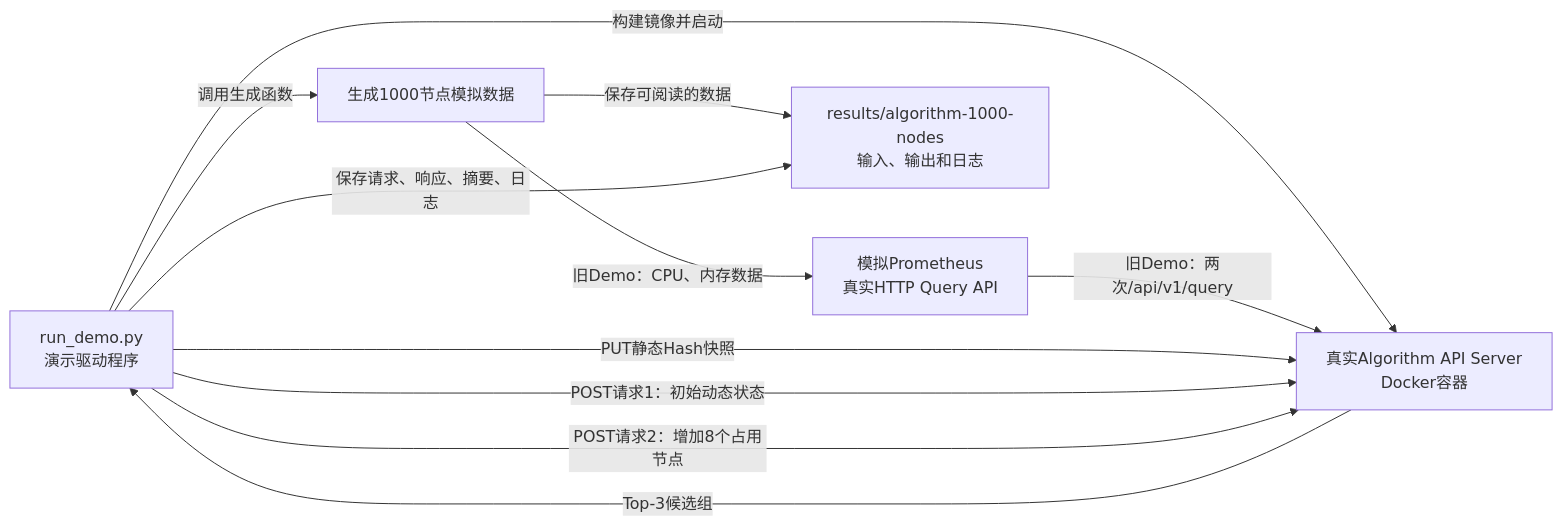
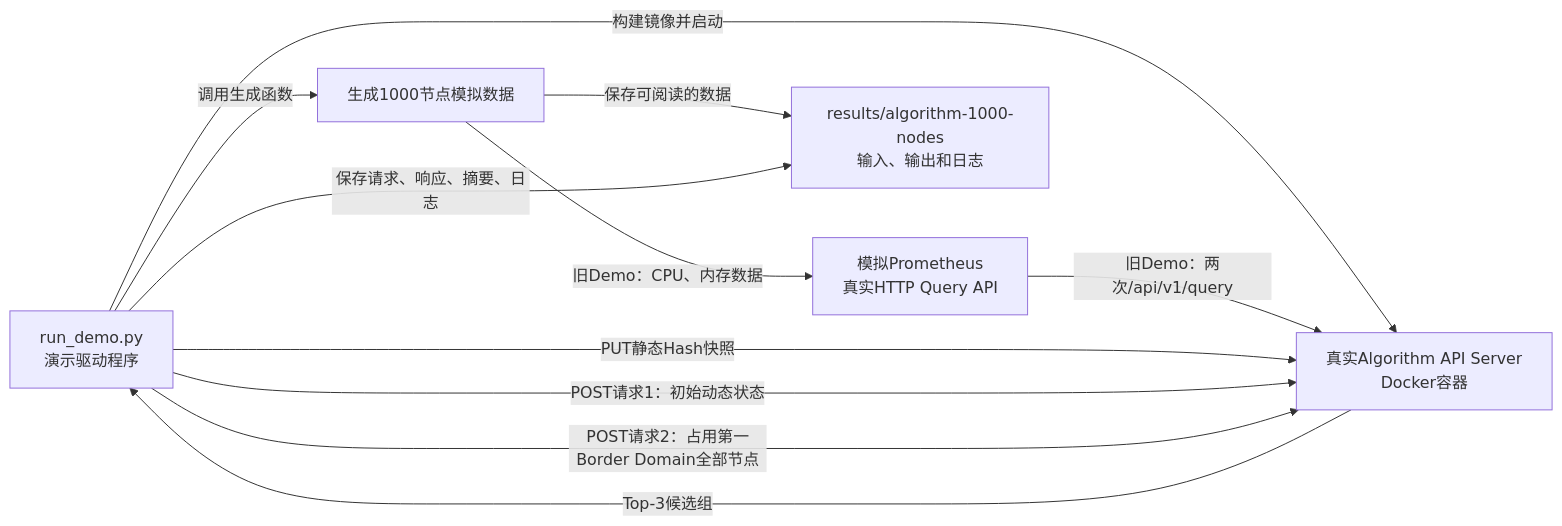
The second of 2 diagrams in algorithm_server/README.md (ghwdsl-38/ngd-ngg-scheduling), drawn with Mermaid before and after one commit. The commit also changed other lines of this file and 101 other files, not shown here.

````diff
--- a/algorithm_server/README.md
+++ b/algorithm_server/README.md
@@ -335,19 +340,19 @@
 ```mermaid
 flowchart LR
     DRIVER[run_demo.py<br/>演示驱动程序]
     DATA[生成1000节点模拟数据]
     MOCK[模拟Prometheus<br/>真实HTTP Query API]
     ALG[真实Algorithm API Server<br/>Docker容器]
     FILES[results/algorithm-1000-nodes<br/>输入、输出和日志]
 
     DRIVER -->|调用生成函数| DATA
     DATA -->|旧Demo：CPU、内存数据| MOCK
     DRIVER -->|构建镜像并启动| ALG
     MOCK -->|旧Demo：两次/api/v1/query| ALG
     DRIVER -->|PUT静态Hash快照| ALG
     DRIVER -->|POST请求1：初始动态状态| ALG
-    DRIVER -->|POST请求2：增加8个占用节点| ALG
+    DRIVER -->|POST请求2：占用第一Border Domain全部节点| ALG
     ALG -->|Top-3候选组| DRIVER
     DATA -->|保存可阅读的数据| FILES
     DRIVER -->|保存请求、响应、摘要、日志| FILES
 ```
````
